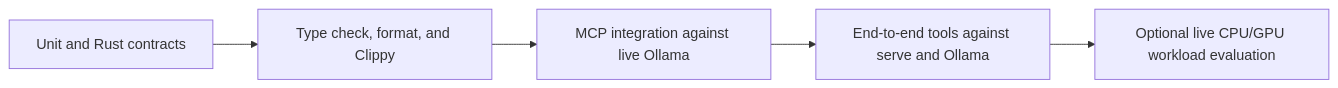
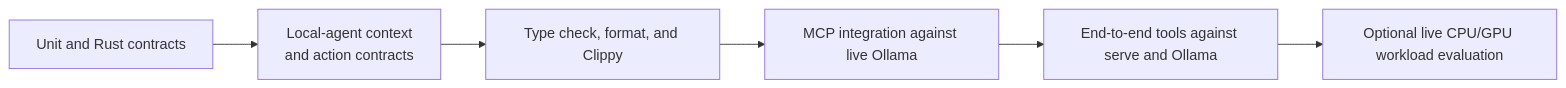
Before and after one commit to bgauryy/FreeLlama: the diagram in docs/TESTING.md, drawn with Mermaid. The commit also changed other lines of this file and 77 other files, not shown here.

````diff
--- a/docs/TESTING.md
+++ b/docs/TESTING.md
@@ -6,7 +6,8 @@
 ```mermaid
 flowchart LR
-    U["Unit and Rust contracts"] --> T["Type check, format, and Clippy"]
+    U["Unit and Rust contracts"] --> A["Local-agent context<br/>and action contracts"]
+    A --> T["Type check, format, and Clippy"]
     T --> I["MCP integration against live Ollama"]
     I --> E["End-to-end tools against serve and Ollama"]
     E --> L["Optional live CPU/GPU workload evaluation"]
 ```
````
